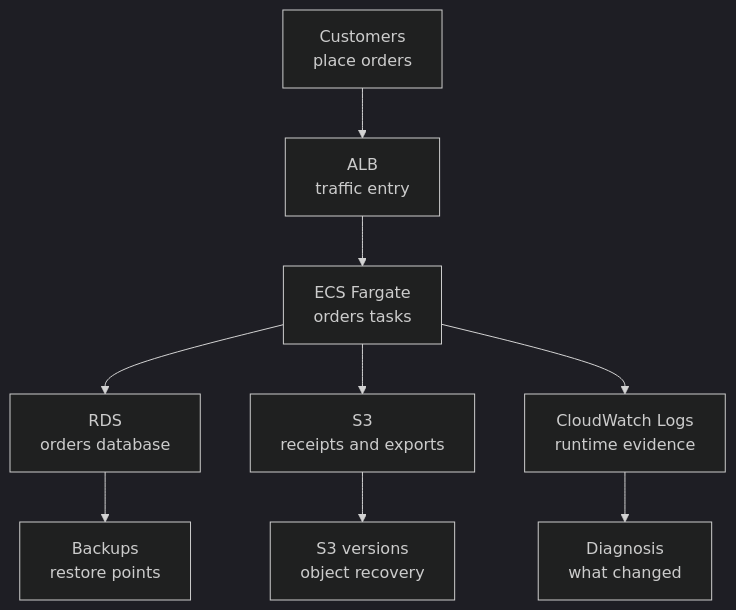
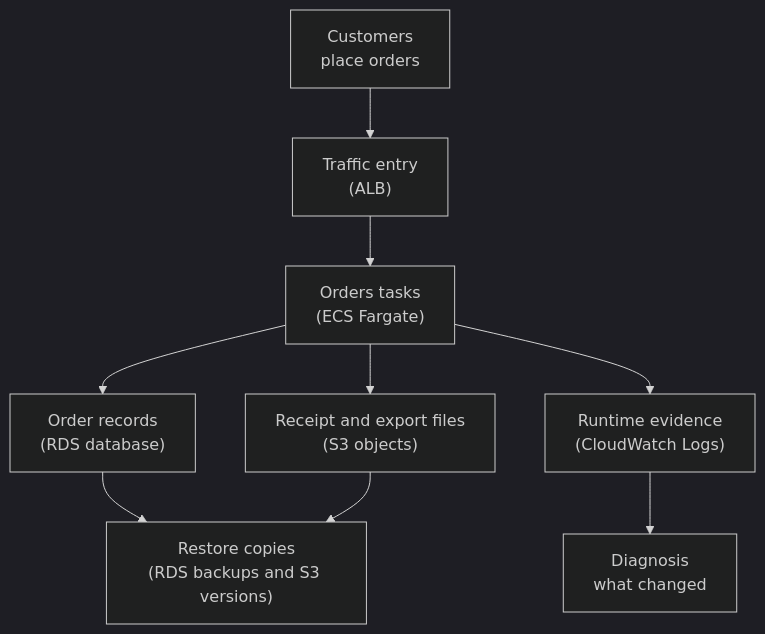
The diagram in cloud-providers/aws/cost-resilience/cost-and-resilience-mental-model.md (senlinyy/dev-roadmaps), drawn with Mermaid (dark theme) before and after one commit. The commit also changed 89 other files, not shown here.

````diff
--- a/cloud-providers/aws/cost-resilience/cost-and-resilience-mental-model.md
+++ b/cloud-providers/aws/cost-resilience/cost-and-resilience-mental-model.md
@@ -236,11 +236,11 @@
 ```mermaid
 flowchart TD
-    USERS["Customers<br/>place orders"] --> ALB["ALB<br/>traffic entry"]
-    ALB --> ECS["ECS Fargate<br/>orders tasks"]
-    ECS --> RDS["RDS<br/>orders database"]
-    ECS --> S3["S3<br/>receipts and exports"]
-    ECS --> LOGS["CloudWatch Logs<br/>runtime evidence"]
-    RDS --> BACKUPS["Backups<br/>restore points"]
-    S3 --> VERSIONS["S3 versions<br/>object recovery"]
+    USERS["Customers<br/>place orders"] --> ALB["Traffic entry<br/>(ALB)"]
+    ALB --> ECS["Orders tasks<br/>(ECS Fargate)"]
+    ECS --> RDS["Order records<br/>(RDS database)"]
+    ECS --> S3["Receipt and export files<br/>(S3 objects)"]
+    ECS --> LOGS["Runtime evidence<br/>(CloudWatch Logs)"]
+    RDS --> RECOVERY["Restore copies<br/>(RDS backups and S3 versions)"]
+    S3 --> RECOVERY
     LOGS --> DIAG["Diagnosis<br/>what changed"]
 ```
````
